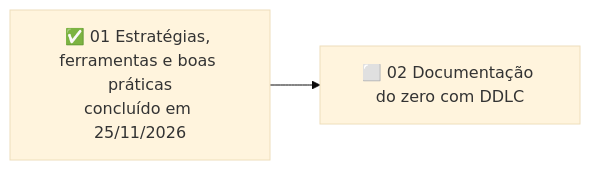
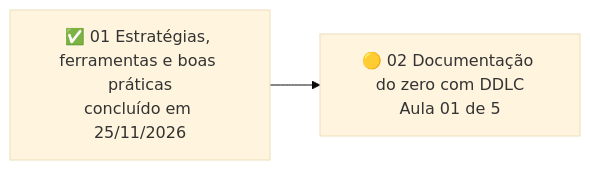
The fourth of 6 diagrams in mapa-de-estudos.md (letsprown-code/po-learning-journal), drawn with Mermaid (base theme) before and after one commit. The commit also changed other lines of this file and 5 other files, not shown here.

First line of the commit message:
Alura TW 02 aula 1: DDLC e planejamento (nota, projeto 03, glossário, mapa)

```diff
--- a/mapa-de-estudos.md
+++ b/mapa-de-estudos.md
@@ -141,4 +141,4 @@
 ~~~mermaid
 flowchart LR
-    C1["✅ 01 Estratégias, ferramentas e boas práticas<br/>concluído em 25/11/2026"] --> C2["⬜ 02 Documentação do zero com DDLC"]
+    C1["✅ 01 Estratégias, ferramentas e boas práticas<br/>concluído em 25/11/2026"] --> C2["🟡 02 Documentação do zero com DDLC<br/>Aula 01 de 5"]
 ~~~
```
